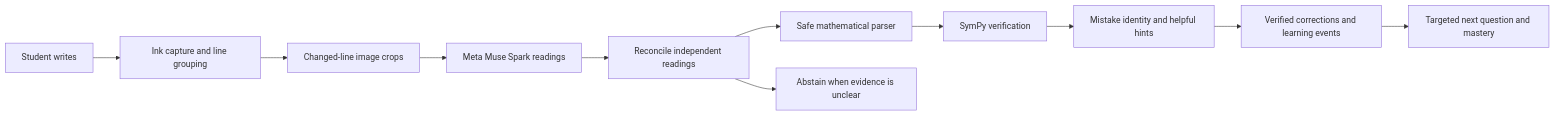
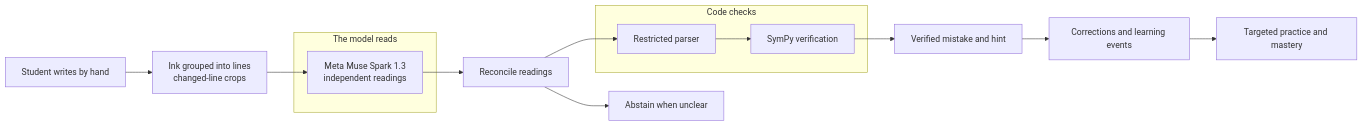
Before and after one commit to Brendan-Lim/Quack: the diagram in README.md, drawn with Mermaid. The commit also changed other lines of this file and 4 other files, not shown here.

````diff
--- a/README.md
+++ b/README.md
@@ -76,13 +98,17 @@
 ```mermaid
 flowchart LR
-    A[Student writes] --> B[Ink capture and line grouping]
-    B --> C[Changed-line image crops]
-    C --> D[Meta Muse Spark readings]
-    D --> E[Reconcile independent readings]
-    E --> F[Safe mathematical parser]
-    F --> G[SymPy verification]
-    G --> H[Mistake identity and helpful hints]
-    H --> I[Verified corrections and learning events]
-    I --> J[Targeted next question and mastery]
-    E --> K[Abstain when evidence is unclear]
+    A[Student writes by hand] --> B[Ink grouped into lines<br/>changed-line crops]
+    subgraph model [The model reads]
+        C[Meta Muse Spark 1.3<br/>independent readings]
+    end
+    B --> C
+    C --> D[Reconcile readings]
+    subgraph code [Code checks]
+        E[Restricted parser] --> F[SymPy verification]
+    end
+    D --> E
+    D --> K[Abstain when unclear]
+    F --> G[Verified mistake and hint]
+    G --> H[Corrections and learning events]
+    H --> I[Targeted practice and mastery]
 ```
````
